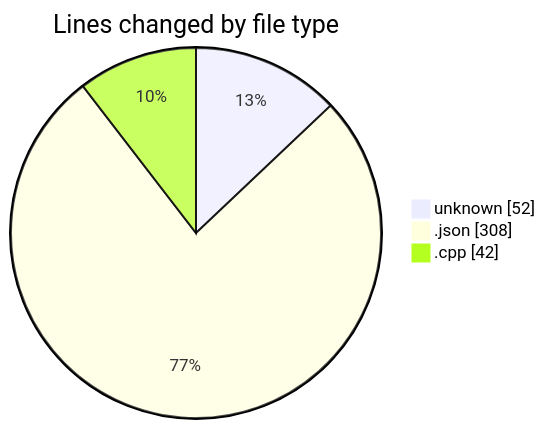
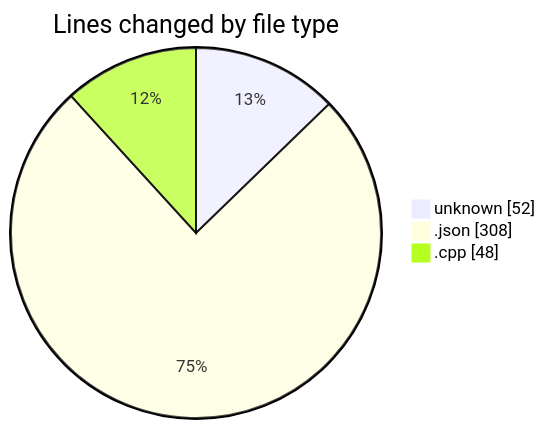
The first of 2 diagrams in 2025-03-26/echo/README.md (Netris89/code-tracking), drawn with Mermaid before and after one commit. The commit also changed other lines of this file and 1 other file, not shown here.

````diff
--- a/2025-03-26/echo/README.md
+++ b/2025-03-26/echo/README.md
@@ -24,7 +24,7 @@
 ```mermaid
 pie showData
 title Lines changed by file type
 "unknown" : 52
 ".json" : 308
-".cpp" : 42
+".cpp" : 48
 ```
````
